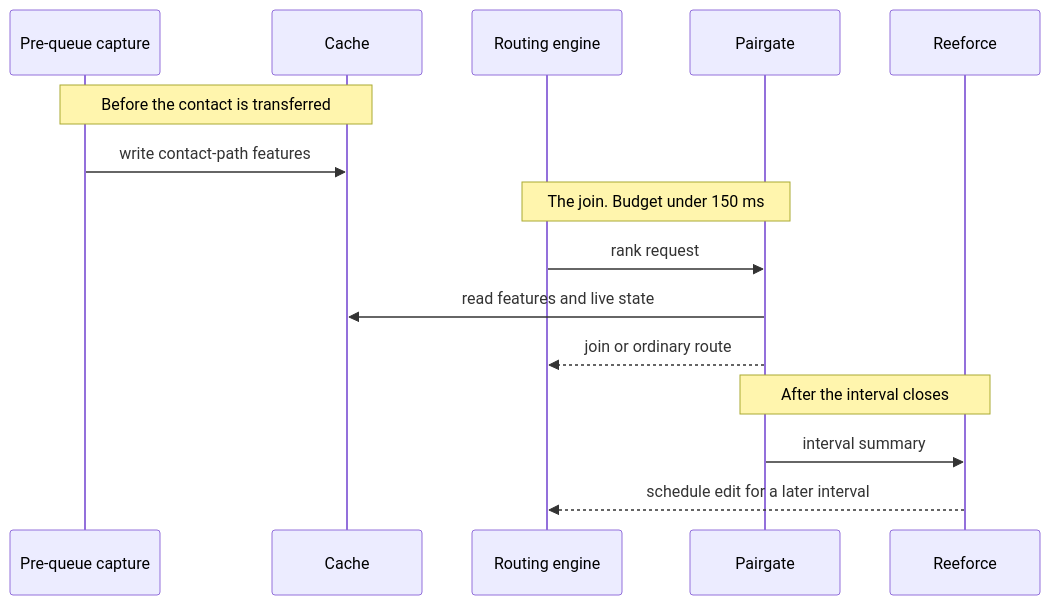
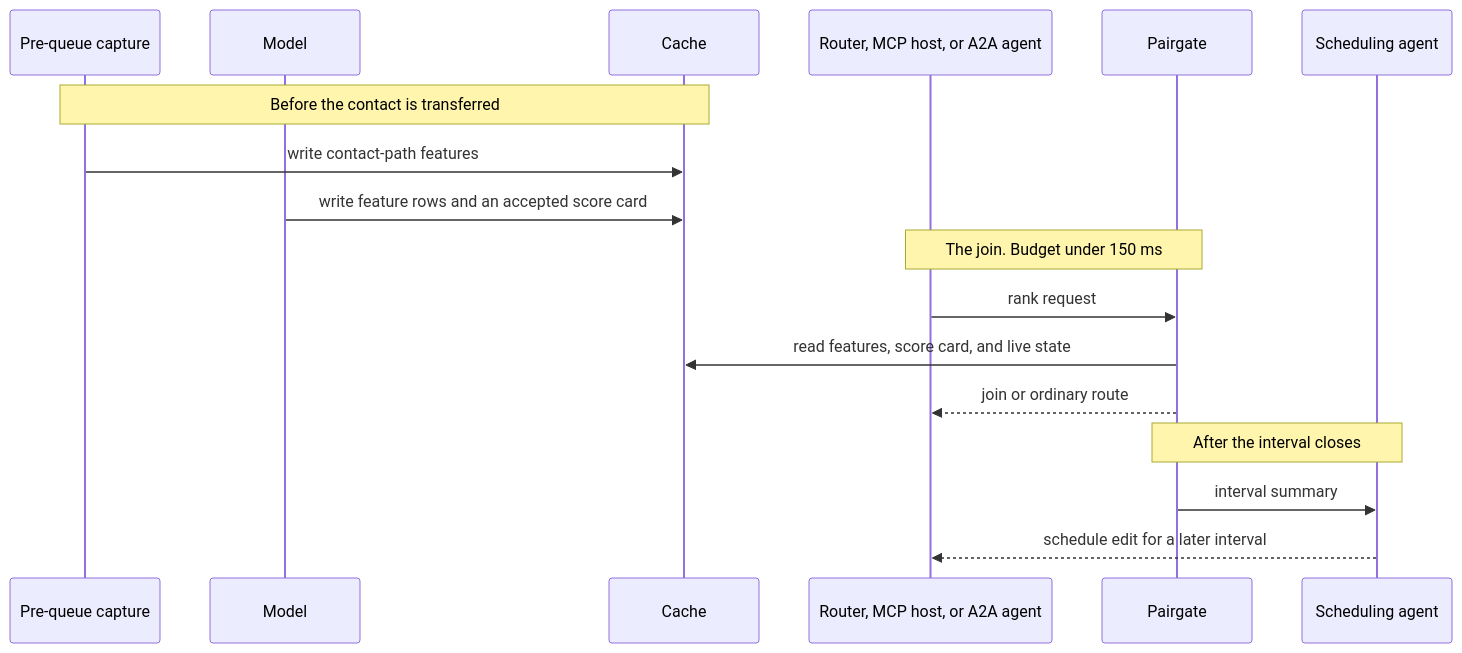
Before and after one commit to vikas-prasad-cx/pairgate: the third of 8 diagrams in docs/architecture.md, drawn with Mermaid. The commit also changed other lines of this file and 1 other file, not shown here.

First line of the commit message:
docs: show MCP, Agent2Agent, and the model on the architecture

````diff
--- a/docs/architecture.md
+++ b/docs/architecture.md
@@ -83,18 +116,20 @@
 ```mermaid
 sequenceDiagram
   participant Path as Pre-queue capture
+  participant Model as Model
   participant Cache
-  participant Router as Routing engine
+  participant Caller as Router, MCP host, or A2A agent
   participant PG as Pairgate
-  participant RF as Reeforce
+  participant Sched as Scheduling agent
 
   Note over Path,Cache: Before the contact is transferred
   Path->>Cache: write contact-path features
-  Note over Router,PG: The join. Budget under 150 ms
-  Router->>PG: rank request
-  PG->>Cache: read features and live state
-  PG-->>Router: join or ordinary route
-  Note over PG,RF: After the interval closes
-  PG->>RF: interval summary
-  RF-->>Router: schedule edit for a later interval
+  Model->>Cache: write feature rows and an accepted score card
+  Note over Caller,PG: The join. Budget under 150 ms
+  Caller->>PG: rank request
+  PG->>Cache: read features, score card, and live state
+  PG-->>Caller: join or ordinary route
+  Note over PG,Sched: After the interval closes
+  PG->>Sched: interval summary
+  Sched-->>Caller: schedule edit for a later interval
 ```
````
